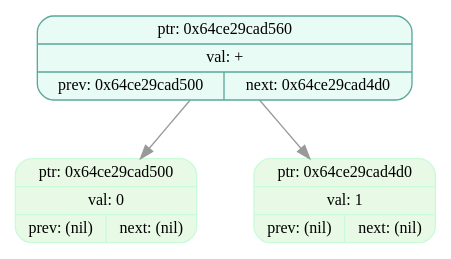
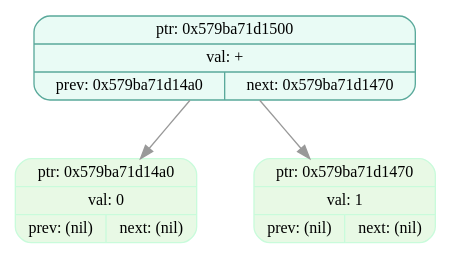
Before and after one commit to EvilTomato9890/Difference: the diagram in dumps/tree_dump_006.dot, drawn with Graphviz. The commit also changed 30 other files, not shown here.

```diff
--- a/dumps/tree_dump_006.dot
+++ b/dumps/tree_dump_006.dot
@@ -1,9 +1,9 @@
 digraph T{
   node [fontname="Fira Mono",shape=record,style="filled,rounded",fontsize=12];
   graph [splines=true, nodesep=0.6, ranksep=0.6];
-  node_0x64ce29cad560[shape=record,label="{ {ptr: 0x64ce29cad560} | {val: +} | { prev: 0x64ce29cad500 | next: 0x64ce29cad4d0 } }",color="#5aa99b",fillcolor="#e9fbf5"];
-  node_0x64ce29cad500[shape=record,label="{ {ptr: 0x64ce29cad500} | {val: 0} | { prev: (nil) | next: (nil) } }",color="#c9fbdbff",fillcolor="#e8f9e5ff"];
-  node_0x64ce29cad4d0[shape=record,label="{ {ptr: 0x64ce29cad4d0} | {val: 1} | { prev: (nil) | next: (nil) } }",color="#c9fbdbff",fillcolor="#e8f9e5ff"];
-  node_0x64ce29cad560 -> node_0x64ce29cad500 [color="#999999"];
-  node_0x64ce29cad560 -> node_0x64ce29cad4d0 [color="#999999"];
+  node_0x579ba71d1500[shape=record,label="{ {ptr: 0x579ba71d1500} | {val: +} | { prev: 0x579ba71d14a0 | next: 0x579ba71d1470 } }",color="#5aa99b",fillcolor="#e9fbf5"];
+  node_0x579ba71d14a0[shape=record,label="{ {ptr: 0x579ba71d14a0} | {val: 0} | { prev: (nil) | next: (nil) } }",color="#c9fbdbff",fillcolor="#e8f9e5ff"];
+  node_0x579ba71d1470[shape=record,label="{ {ptr: 0x579ba71d1470} | {val: 1} | { prev: (nil) | next: (nil) } }",color="#c9fbdbff",fillcolor="#e8f9e5ff"];
+  node_0x579ba71d1500 -> node_0x579ba71d14a0 [color="#999999"];
+  node_0x579ba71d1500 -> node_0x579ba71d1470 [color="#999999"];
 }
```
